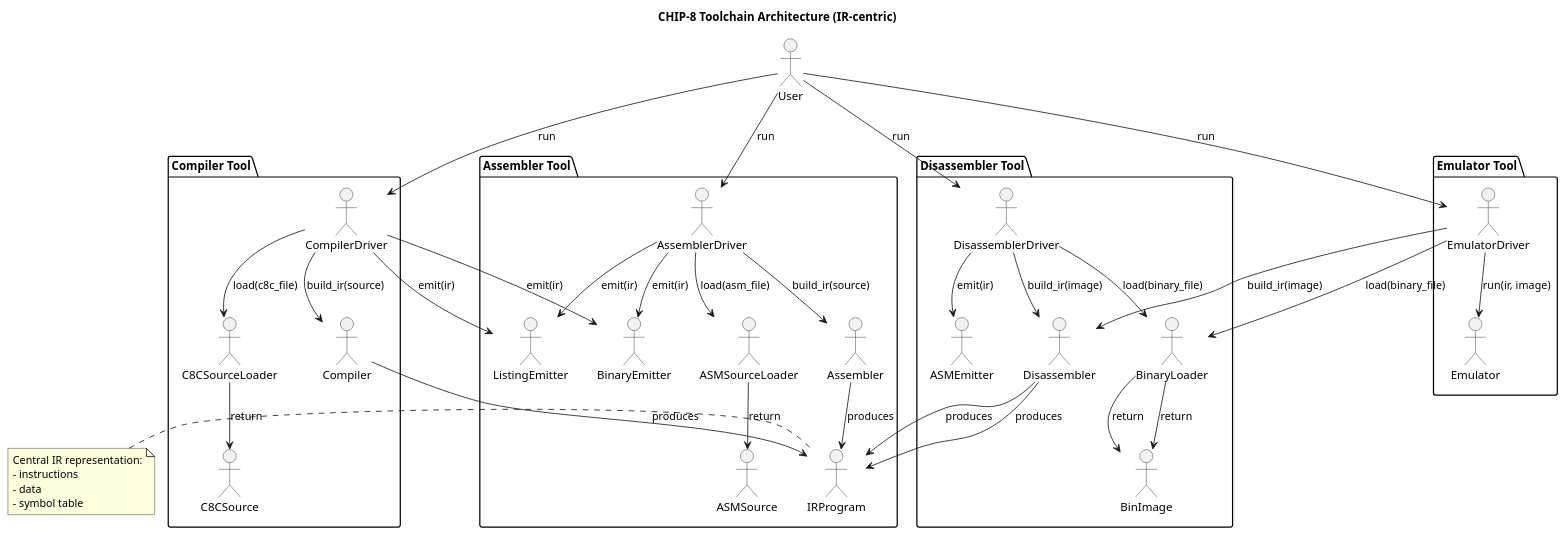
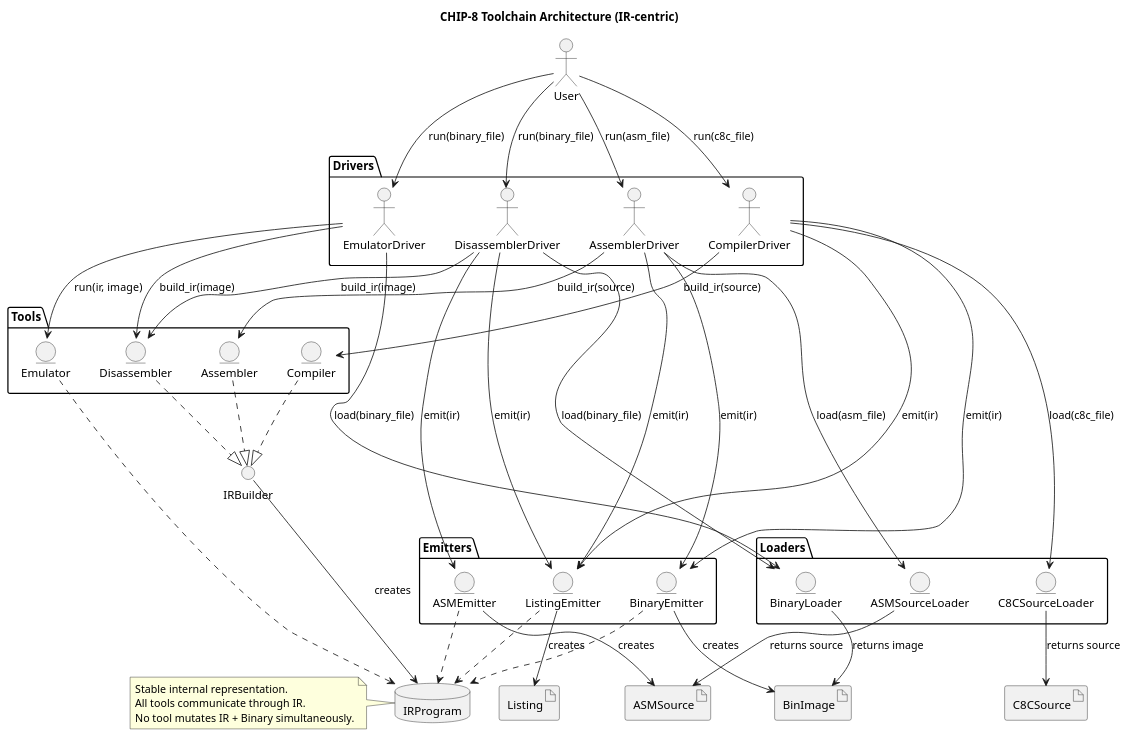
One commit to alwinl/chip8 changed the diagram in chip8ir/doc/architecture.plantuml. Above: the diagram before and after it, drawn with PlantUML. The commit also changed 1 other file, not shown here.

Commit message:
Updated the architecture graph and started the class diagram

```diff
--- a/chip8ir/doc/architecture.plantuml
+++ b/chip8ir/doc/architecture.plantuml
@@ -1,51 +1,83 @@
 @startuml architecture
 title CHIP-8 Toolchain Architecture (IR-centric)
 
 actor User
 
-package "Assembler Tool" {
-    User --> AssemblerDriver : run
-    AssemblerDriver --> ASMSourceLoader : load(asm_file)
-    ASMSourceLoader --> ASMSource : return
+database IRProgram
+artifact Listing
+artifact BinImage
+artifact ASMSource
+artifact C8CSource
+
+interface IRBuilder
+
+package "Tools" {
+	entity Assembler
+	entity Disassembler
+	entity Compiler
+	entity Emulator
+
+    Assembler ..|> IRBuilder
+    Disassembler ..|> IRBuilder
+    Compiler ..|> IRBuilder
+
+	IRBuilder --> IRProgram : creates
+}
+
+package "Loaders" {
+	entity ASMSourceLoader
+	entity BinaryLoader
+	entity C8CSourceLoader
+
+	ASMSourceLoader --> ASMSource : returns source
+	BinaryLoader --> BinImage : returns image
+	C8CSourceLoader --> C8CSource : returns source
+}
+
+package "Emitters" {
+	entity ASMEmitter
+	entity ListingEmitter
+	entity BinaryEmitter
+
+	ListingEmitter --> Listing : creates
+	BinaryEmitter --> BinImage : creates
+	ASMEmitter --> ASMSource : creates
+}
+
+package "Drivers" {
+    User --> AssemblerDriver : run(asm_file)
+    AssemblerDriver ----> ASMSourceLoader : load(asm_file)
     AssemblerDriver --> Assembler : build_ir(source)
-    Assembler --> IRProgram : produces
     AssemblerDriver --> BinaryEmitter : emit(ir)
     AssemblerDriver --> ListingEmitter : emit(ir)
-}
 
-package "Disassembler Tool" {
-    User --> DisassemblerDriver : run
-    DisassemblerDriver --> BinaryLoader : load(binary_file)
-    BinaryLoader --> BinImage : return
+    User --> DisassemblerDriver : run(binary_file)
+    DisassemblerDriver ----> BinaryLoader : load(binary_file)
     DisassemblerDriver --> Disassembler : build_ir(image)
-    Disassembler --> IRProgram : produces
-    DisassemblerDriver --> ASMEmitter : emit(ir)
-}
+    DisassemblerDriver ----> ASMEmitter : emit(ir)
+    DisassemblerDriver ----> ListingEmitter : emit(ir)
 
-package "Emulator Tool" {
-    User --> EmulatorDriver : run
+    User --> EmulatorDriver : run(binary_file)
     EmulatorDriver --> BinaryLoader : load(binary_file)
-    BinaryLoader --> BinImage : return
     EmulatorDriver --> Disassembler : build_ir(image)
-    Disassembler --> IRProgram : produces
     EmulatorDriver --> Emulator : run(ir, image)
-}
 
-package "Compiler Tool" {
-    User --> CompilerDriver : run
-    CompilerDriver --> C8CSourceLoader : load(c8c_file)
-    C8CSourceLoader --> C8CSource : return
+    User --> CompilerDriver : run(c8c_file)
+    CompilerDriver ----> C8CSourceLoader : load(c8c_file)
     CompilerDriver --> Compiler : build_ir(source)
-    Compiler --> IRProgram : produces
-    CompilerDriver --> BinaryEmitter : emit(ir)
-    CompilerDriver --> ListingEmitter : emit(ir)
+    CompilerDriver ----> BinaryEmitter : emit(ir)
+    CompilerDriver ----> ListingEmitter : emit(ir)
 }
 
 note left of IRProgram
-    Central IR representation:
-    - instructions
-    - data
-    - symbol table
+    Stable internal representation.
+    All tools communicate through IR.
+    No tool mutates IR + Binary simultaneously.
 end note
 
+ASMEmitter ..> IRProgram
+BinaryEmitter ..> IRProgram
+ListingEmitter ..> IRProgram
+Emulator ..> IRProgram
+
 @enduml
```
